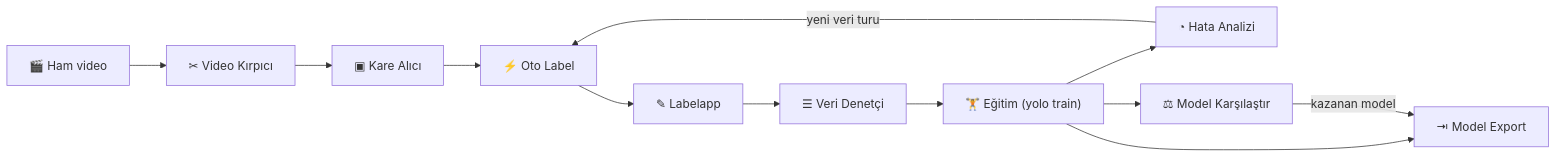
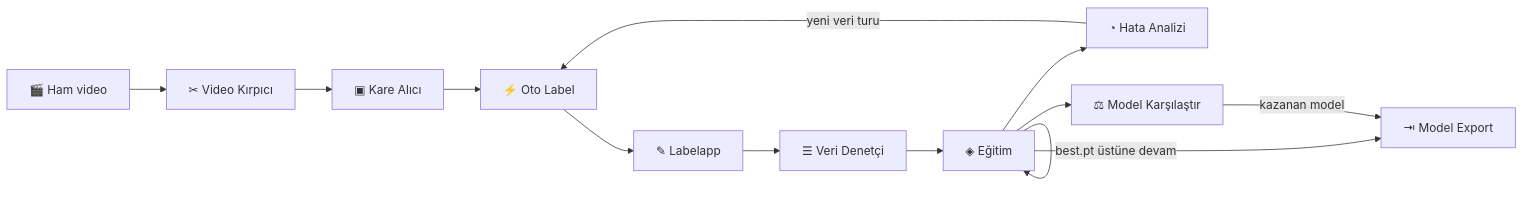
Before and after one commit to mtalhaYAYLA/Boxify: the diagram in README.md, drawn with Mermaid. The commit also changed other lines of this file and 12 other files, not shown here.

````diff
--- a/README.md
+++ b/README.md
@@ -185,14 +212,15 @@
 ```mermaid
 flowchart LR
     A["🎬 Ham video"] --> B["✂ Video Kırpıcı"]
     B --> C["▣ Kare Alıcı"]
     C --> D["⚡ Oto Label"]
     D --> E["✎ Labelapp"]
     E --> F["☰ Veri Denetçi"]
-    F --> G["🏋 Eğitim (yolo train)"]
+    F --> G["◈ Eğitim"]
     G --> H["◔ Hata Analizi"]
     H -->|"yeni veri turu"| D
+    G -->|"best.pt üstüne devam"| G
     G --> J["⚖ Model Karşılaştır"]
     G --> I["⇥ Model Export"]
     J -->|"kazanan model"| I
 ```
````
